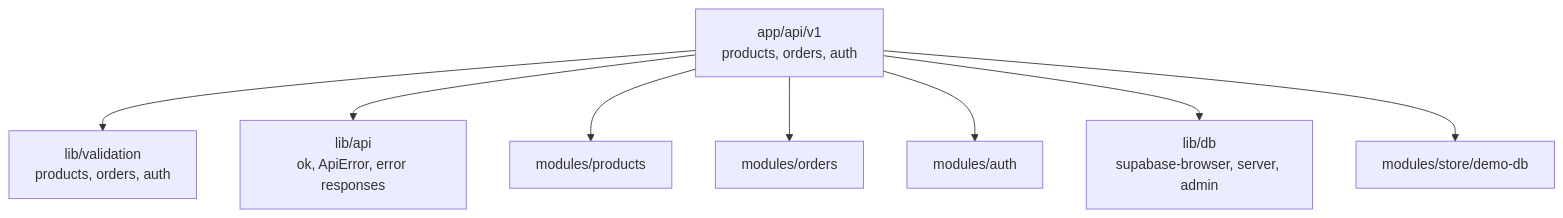
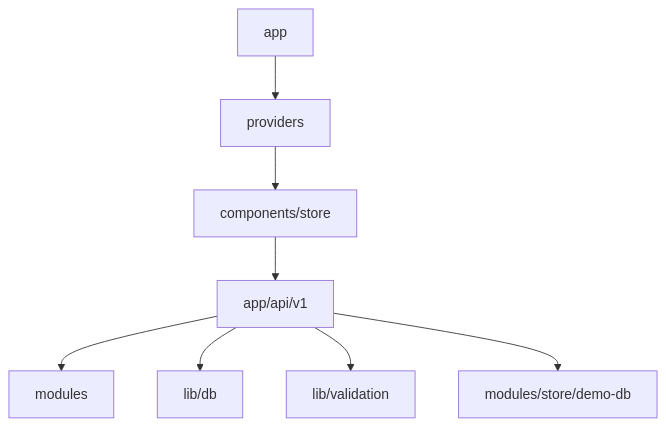
Before and after one commit to Camiloruiiz/ploottest: the second of 5 diagrams in README.md, drawn with Mermaid. The commit also changed other lines of this file and 5 other files, not shown here.

First line of the commit message:
feat: add README documentation for project setup and architecture

````diff
--- a/README.md
+++ b/README.md
@@ -439,19 +57,19 @@
 ```mermaid
 flowchart TB
-    Api[app/api/v1<br/>products, orders, auth]
-    Validation[lib/validation<br/>products, orders, auth]
-    Http[lib/api<br/>ok, ApiError, error responses]
-    DB[lib/db<br/>supabase-browser, server, admin]
-    Products[modules/products]
-    Orders[modules/orders]
-    Auth[modules/auth]
+    App[app]
+    Providers[providers]
+    Store[components/store]
+    Api[app/api/v1]
+    Modules[modules]
+    DB[lib/db]
+    Validation[lib/validation]
     Demo[modules/store/demo-db]
 
+    App --> Providers
+    Providers --> Store
+    Store --> Api
+    Api --> Modules
+    Api --> DB
     Api --> Validation
-    Api --> Http
-    Api --> Products
-    Api --> Orders
-    Api --> Auth
-    Api --> DB
     Api --> Demo
 ```
````
